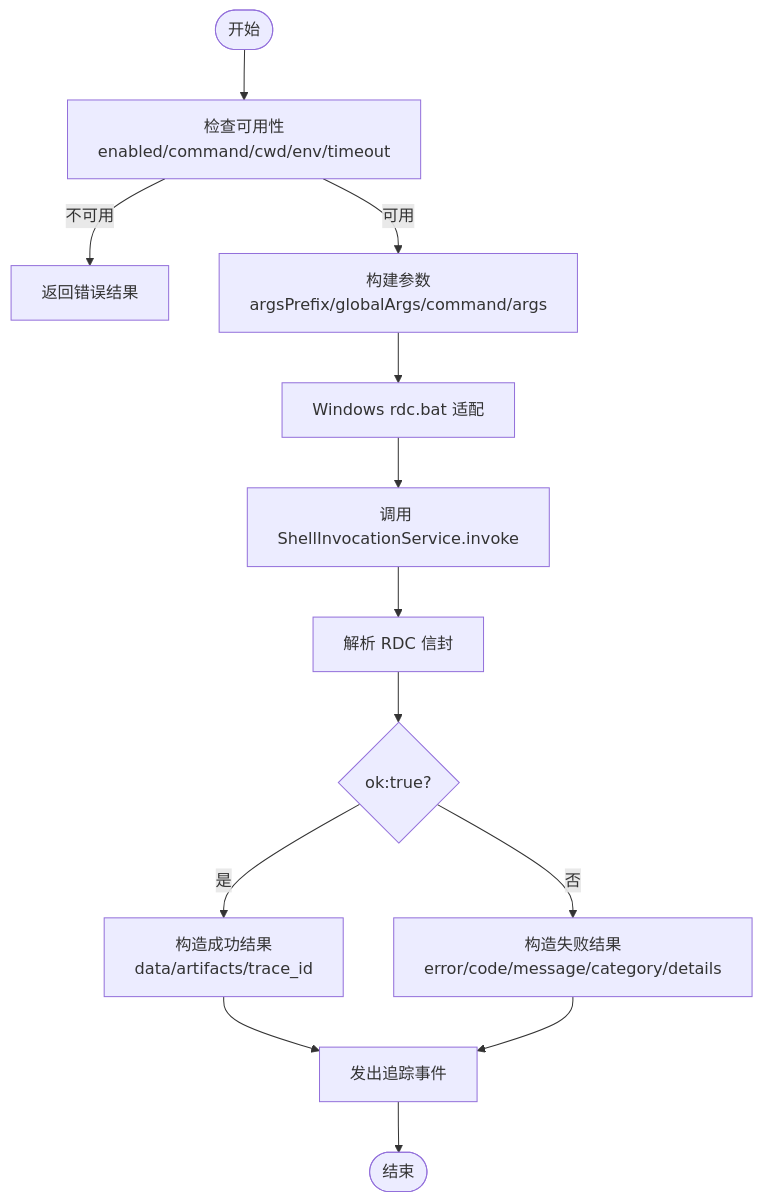
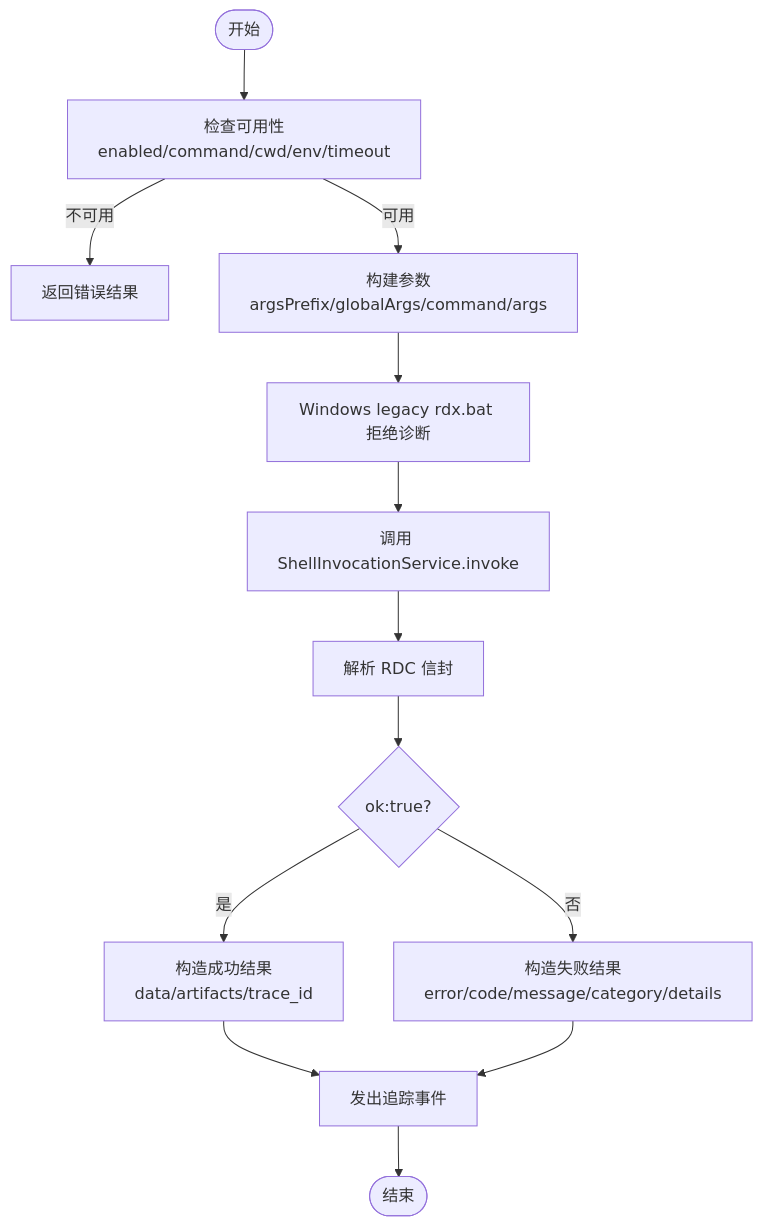
One commit to haolange/RDC-Agent changed the third of 9 diagrams in .qoder/repowiki/zh/content/架构设计/主进程架构/工具执行系统.md. Above: the diagram before and after it, drawn with Mermaid. The commit also changed other lines of this file and 18 other files, not shown here.

````diff
--- a/.qoder/repowiki/zh/content/架构设计/主进程架构/工具执行系统.md
+++ b/.qoder/repowiki/zh/content/架构设计/主进程架构/工具执行系统.md
@@ -144,15 +144,15 @@
 ```mermaid
 flowchart TD
 Start(["开始"]) --> CheckAvail["检查可用性<br/>enabled/command/cwd/env/timeout"]
 CheckAvail --> |不可用| ReturnErr["返回错误结果"]
 CheckAvail --> |可用| BuildArgs["构建参数<br/>argsPrefix/globalArgs/command/args"]
-BuildArgs --> ResolveWin["Windows rdc.bat 适配"]
+BuildArgs --> ResolveWin["Windows legacy rdx.bat 拒绝诊断"]
 ResolveWin --> InvokeShell["调用 ShellInvocationService.invoke"]
 InvokeShell --> ParseRes["解析 RDC 信封"]
 ParseRes --> Ok{"ok:true?"}
 Ok --> |是| Success["构造成功结果<br/>data/artifacts/trace_id"]
 Ok --> |否| Fail["构造失败结果<br/>error/code/message/category/details"]
 Success --> Trace["发出追踪事件"]
 Fail --> Trace
 Trace --> End(["结束"])
 ```
````
